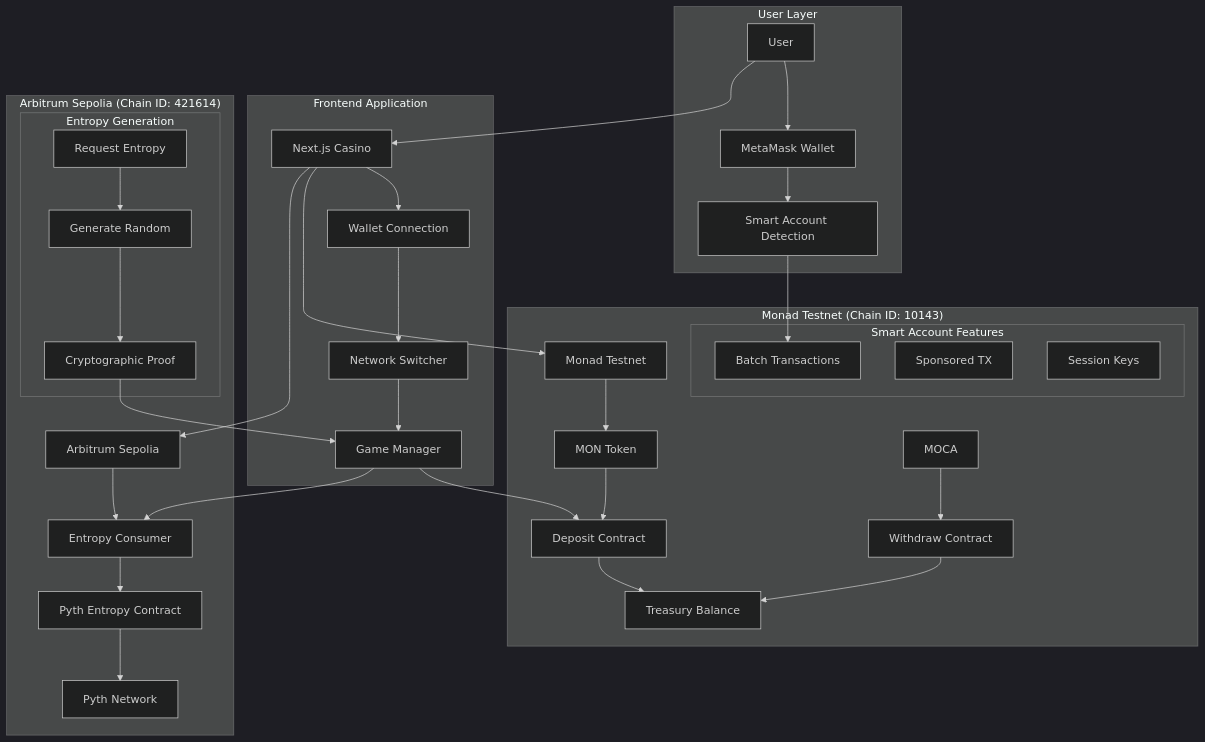
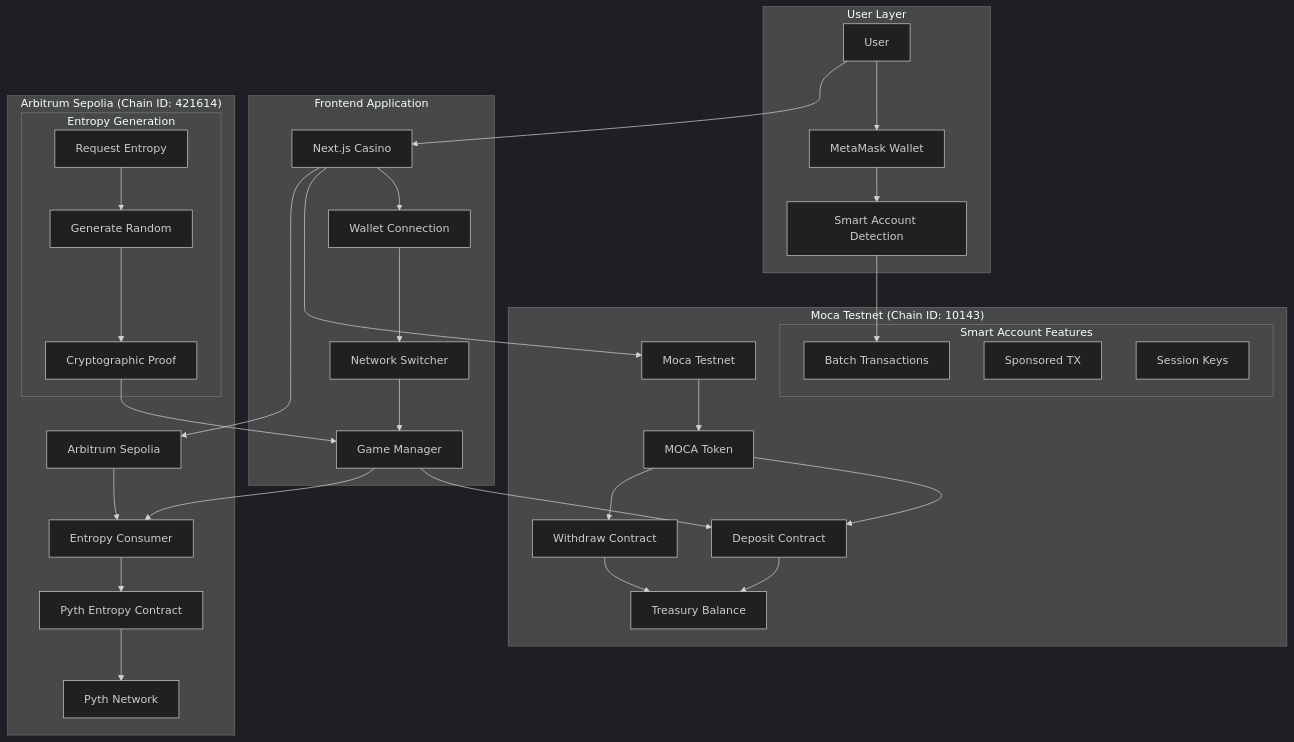
One commit to AmaanSayyad/APT-Casino-Moca changed the fourth of 9 diagrams in README.md. Above: the diagram before and after it, drawn with Mermaid (dark theme). The commit also changed other lines of this file and 16 other files, not shown here.

````diff
--- a/README.md
+++ b/README.md
@@ -299,49 +299,49 @@
 ```mermaid
 graph TB
     subgraph User["User Layer"]
         U[User] --> W[MetaMask Wallet]
         W --> SA[Smart Account Detection]
     end
     
     subgraph Frontend["Frontend Application"]
         F[Next.js Casino] --> WC[Wallet Connection]
         WC --> NS[Network Switcher]
         NS --> GM[Game Manager]
     end
     
-    subgraph MonadNet["Monad Testnet (Chain ID: 10143)"]
-        MT[Monad Testnet] --> MON[MON Token]
-        MON --> DEP[Deposit Contract]
+    subgraph MocaNet["Moca Testnet (Chain ID: 10143)"]
+        MT[Moca Testnet] --> MOCA[MOCA Token]
+        MOCA --> DEP[Deposit Contract]
         MOCA --> WITH[Withdraw Contract]
         DEP --> TB[Treasury Balance]
         WITH --> TB
         
         subgraph SmartAccount["Smart Account Features"]
             BATCH[Batch Transactions]
             SPONSOR[Sponsored TX]
             SESSION[Session Keys]
         end
     end
     
     subgraph ArbitrumNet["Arbitrum Sepolia (Chain ID: 421614)"]
         AS[Arbitrum Sepolia] --> EC[Entropy Consumer]
         EC --> PE[Pyth Entropy Contract]
         PE --> PN[Pyth Network]
         
         subgraph EntropyFlow["Entropy Generation"]
             REQ[Request Entropy]
             GEN[Generate Random]
             PROOF[Cryptographic Proof]
         end
     end
     
     U --> F
     F --> MT
     F --> AS
     GM --> DEP
     GM --> EC
     SA --> BATCH
     REQ --> GEN
     GEN --> PROOF
     PROOF --> GM
 ```
````
